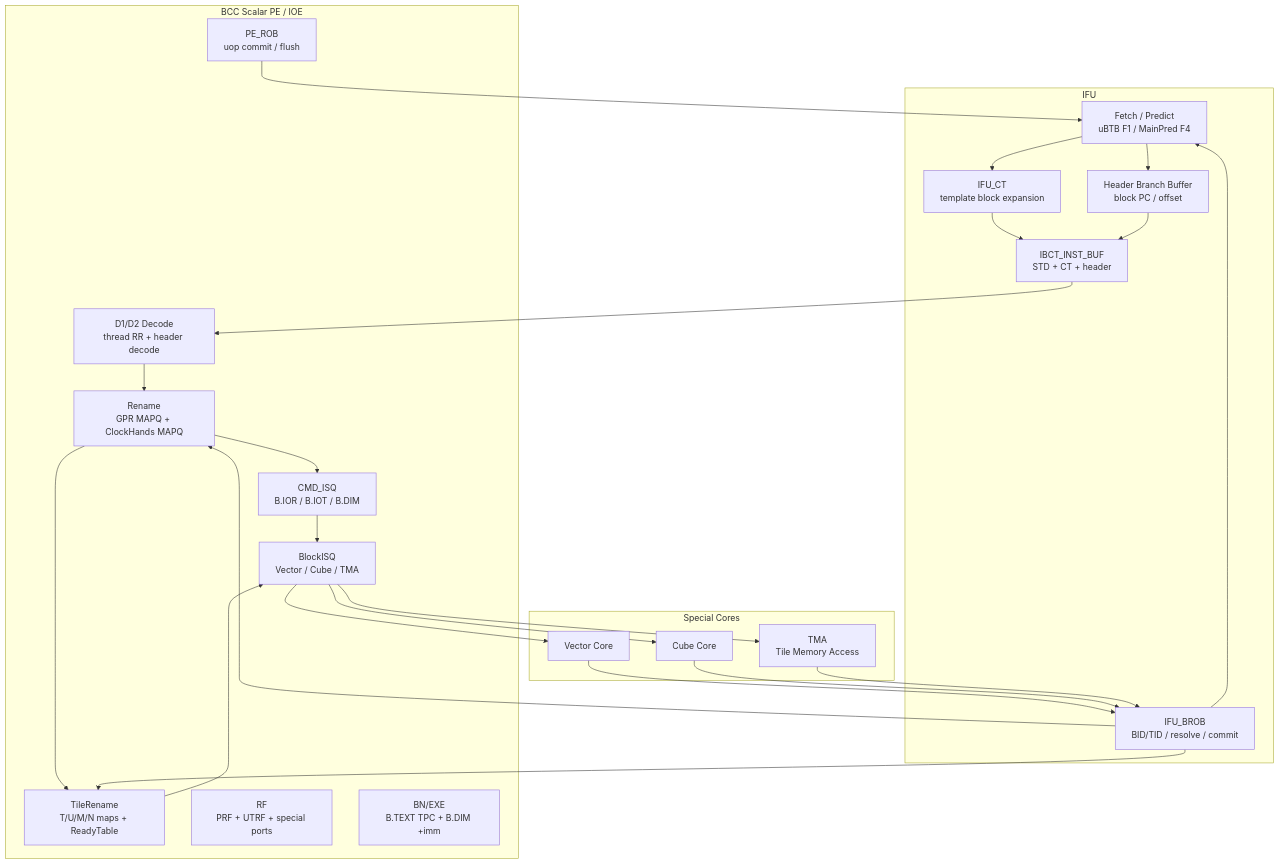
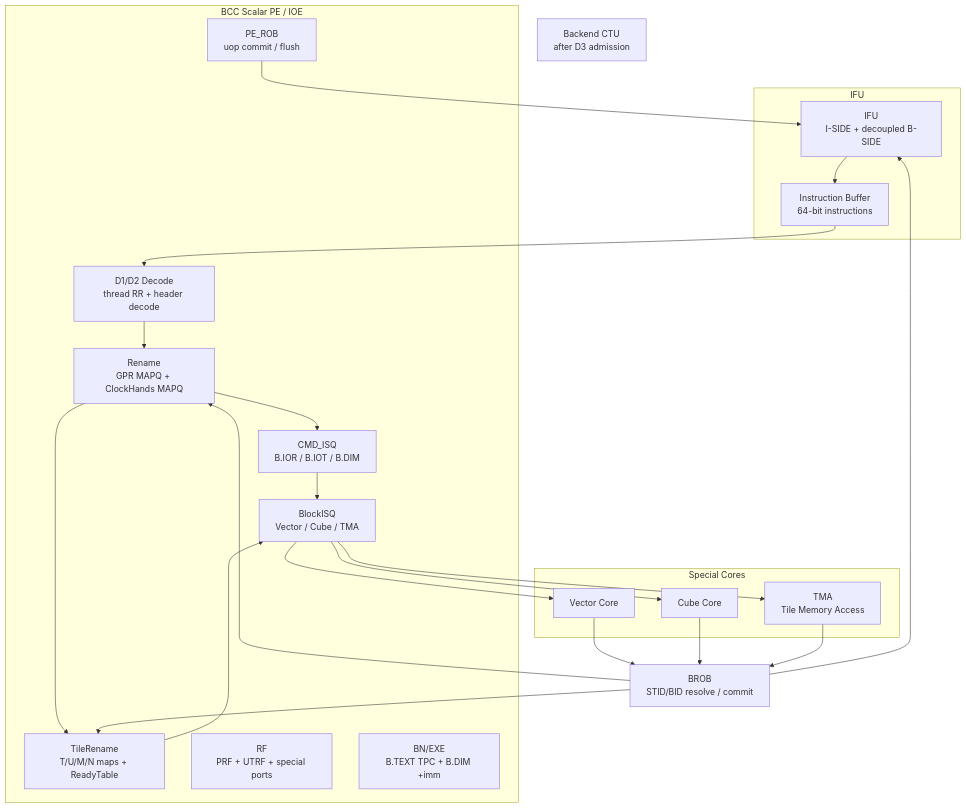
Before and after one commit to LinxISA/LinxCore: the first of 3 diagrams in docs/architecture/Janus/BCC/JCore_BCC_AS.md, drawn with Mermaid. The commit also changed other lines of this file and 73 other files, not shown here.

````diff
--- a/docs/architecture/Janus/BCC/JCore_BCC_AS.md
+++ b/docs/architecture/Janus/BCC/JCore_BCC_AS.md
@@ -147,48 +144,45 @@
 ```mermaid
 flowchart TB
   subgraph IFU["IFU"]
-    FETCH["Fetch / Predict<br/>uBTB F1 / MainPred F4"]
-    HBB["Header Branch Buffer<br/>block PC / offset"]
-    CT["IFU_CT<br/>template block expansion"]
-    IB["IBCT_INST_BUF<br/>STD + CT + header"]
-    BROB["IFU_BROB<br/>BID/TID / resolve / commit"]
+    FETCH["IFU<br/>I-SIDE + decoupled B-SIDE"]
+    IB["Instruction Buffer<br/>64-bit instructions"]
   end
+
+  CT["Backend CTU<br/>after D3 admission"]
+  BROB["BROB<br/>STID/BID resolve / commit"]
 
   subgraph PE["BCC Scalar PE / IOE"]
     D12["D1/D2 Decode<br/>thread RR + header decode"]
     REN["Rename<br/>GPR MAPQ + ClockHands MAPQ"]
     CMD["CMD_ISQ<br/>B.IOR / B.IOT / B.DIM"]
     TR["TileRename<br/>T/U/M/N maps + ReadyTable"]
     BISQ["BlockISQ<br/>Vector / Cube / TMA"]
     ROB["PE_ROB<br/>uop commit / flush"]
     RF["RF<br/>PRF + UTRF + special ports"]
     BN["BN/EXE<br/>B.TEXT TPC + B.DIM +imm"]
   end
 
   subgraph CORE["Special Cores"]
     VEC["Vector Core"]
     CUBE["Cube Core"]
     TMA["TMA<br/>Tile Memory Access"]
   end
 
-  FETCH --> HBB
-  FETCH --> CT
-  CT --> IB
-  HBB --> IB
+  FETCH --> IB
   IB --> D12
   D12 --> REN
   REN --> CMD
   REN --> TR
   CMD --> BISQ
   TR --> BISQ
   BISQ --> VEC
   BISQ --> CUBE
   BISQ --> TMA
   VEC --> BROB
   CUBE --> BROB
   TMA --> BROB
   BROB --> TR
   BROB --> REN
   ROB --> FETCH
   BROB --> FETCH
 ```
````
